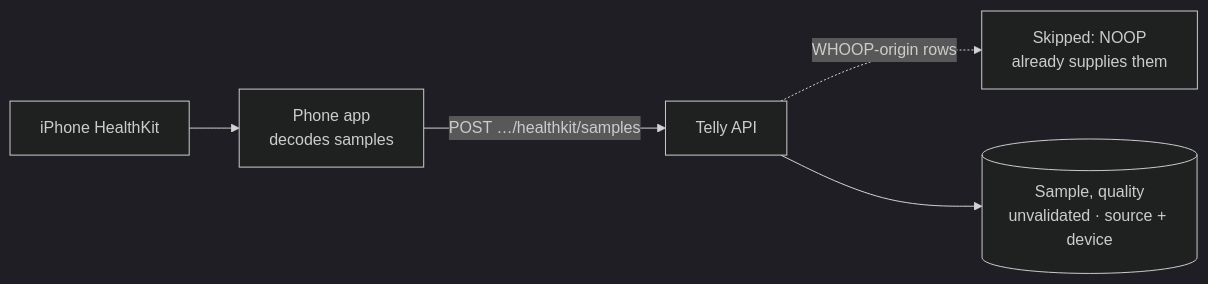
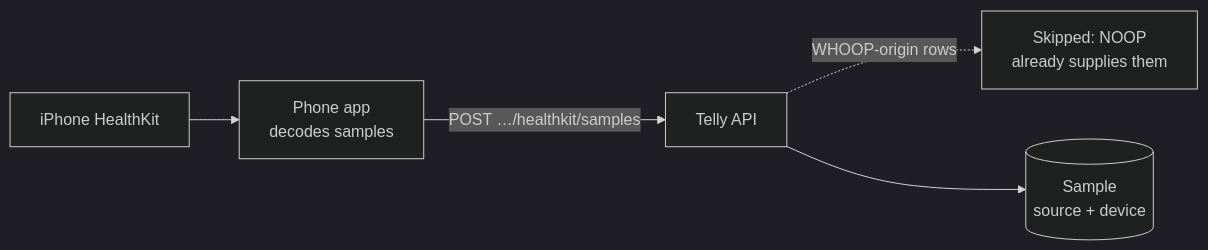
Before and after one commit to 42nights/telly: diagram 13 of 14 in README.md, drawn with Mermaid (dark theme). The commit also changed other lines of this file and 2 other files, not shown here.

````diff
--- a/README.md
+++ b/README.md
@@ -372,7 +375,7 @@
 ```mermaid
 flowchart LR
     hk["iPhone HealthKit"] --> phone["Phone app<br/>decodes samples"]
     phone -->|"POST …/healthkit/samples"| api["Telly API"]
     api -.->|"WHOOP-origin rows"| skip["Skipped: NOOP<br/>already supplies them"]
-    api --> db[("Sample, quality<br/>unvalidated · source + device")]
+    api --> db[("Sample<br/>source + device")]
 ```
````
